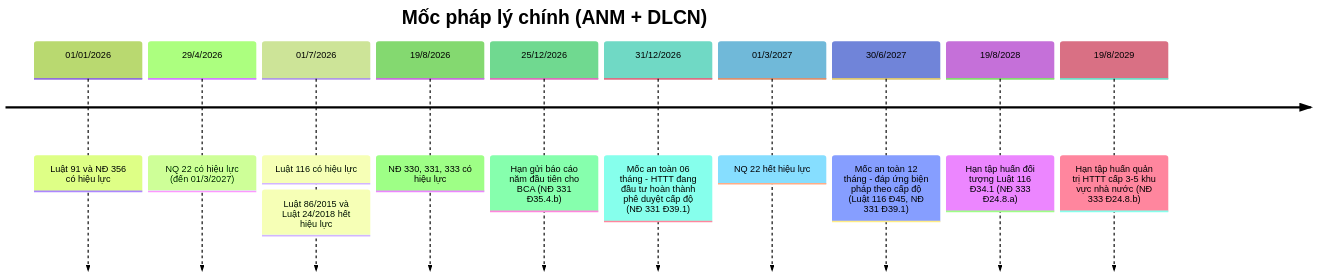
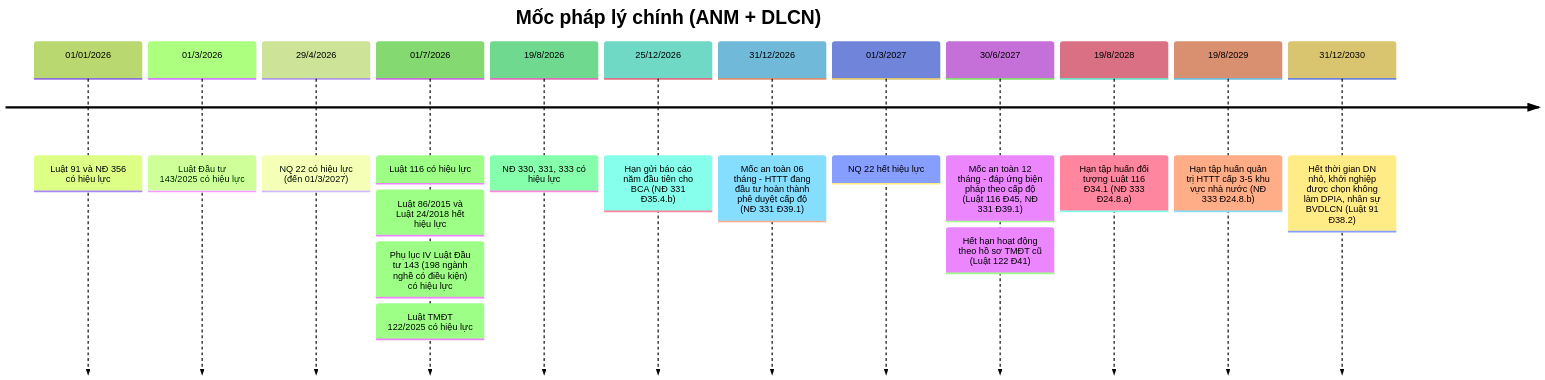
The first of 2 diagrams in docs/00-tong-quan/lo-trinh-tuan-thu.md (ldphuong-vn/vn-cyber-compliance), drawn with Mermaid (forest theme) before and after one commit. The commit also changed other lines of this file and 3 other files, not shown here.

First line of the commit message:
Bổ sung mốc thời gian quan trọng: mốc sắp tới, Luật Đầu tư 143, Luật TMĐT 122, NĐ 147/163, chuyển tiếp Luật 91, hạn yêu cầu chủ thể dữ liệu, thời hiệu xử phạt

````diff
--- a/docs/00-tong-quan/lo-trinh-tuan-thu.md
+++ b/docs/00-tong-quan/lo-trinh-tuan-thu.md
@@ -53,15 +77,20 @@
 ```mermaid
 timeline
     title Mốc pháp lý chính (ANM + DLCN)
     01/01/2026 : Luật 91 và NĐ 356 có hiệu lực
+    01/3/2026 : Luật Đầu tư 143/2025 có hiệu lực
     29/4/2026 : NQ 22 có hiệu lực (đến 01/3/2027)
     01/7/2026 : Luật 116 có hiệu lực
               : Luật 86/2015 và Luật 24/2018 hết hiệu lực
+              : Phụ lục IV Luật Đầu tư 143 (198 ngành nghề có điều kiện) có hiệu lực
+              : Luật TMĐT 122/2025 có hiệu lực
     19/8/2026 : NĐ 330, 331, 333 có hiệu lực
     25/12/2026 : Hạn gửi báo cáo năm đầu tiên cho BCA (NĐ 331 Đ35.4.b)
     31/12/2026 : Mốc an toàn 06 tháng - HTTT đang đầu tư hoàn thành phê duyệt cấp độ (NĐ 331 Đ39.1)
     01/3/2027 : NQ 22 hết hiệu lực
     30/6/2027 : Mốc an toàn 12 tháng - đáp ứng biện pháp theo cấp độ (Luật 116 Đ45, NĐ 331 Đ39.1)
+              : Hết hạn hoạt động theo hồ sơ TMĐT cũ (Luật 122 Đ41)
     19/8/2028 : Hạn tập huấn đối tượng Luật 116 Đ34.1 (NĐ 333 Đ24.8.a)
     19/8/2029 : Hạn tập huấn quản trị HTTT cấp 3-5 khu vực nhà nước (NĐ 333 Đ24.8.b)
+    31/12/2030 : Hết thời gian DN nhỏ, khởi nghiệp được chọn không làm DPIA, nhân sự BVDLCN (Luật 91 Đ38.2)
 ```
````
